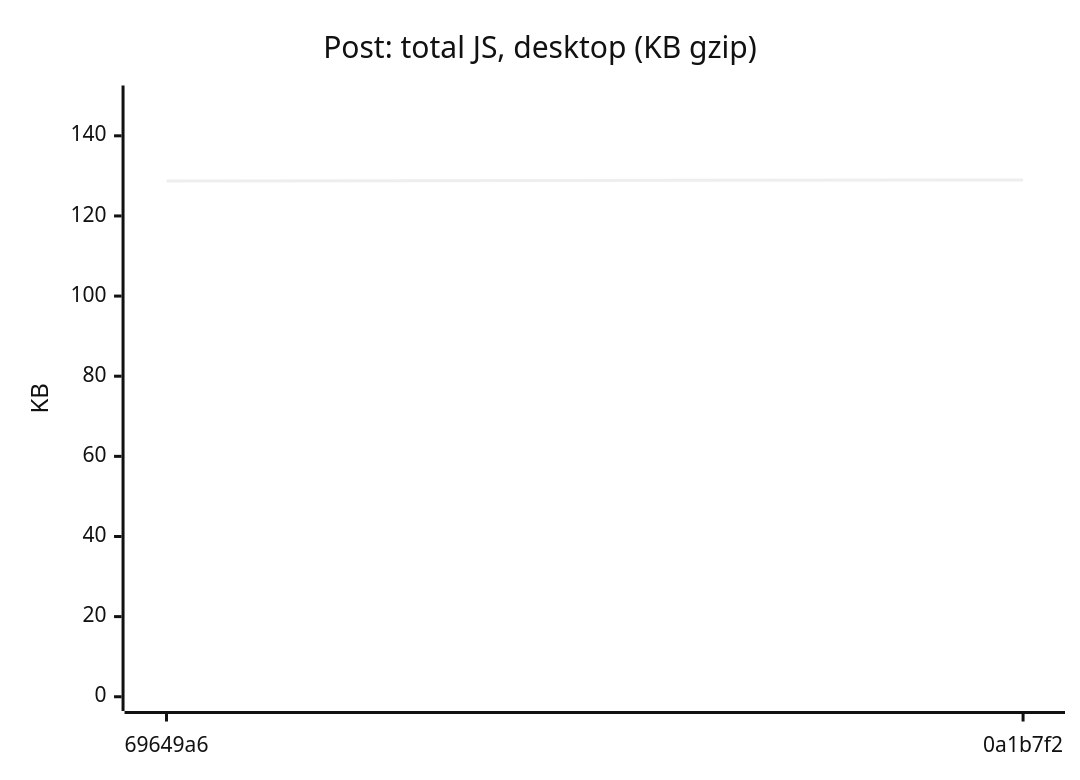
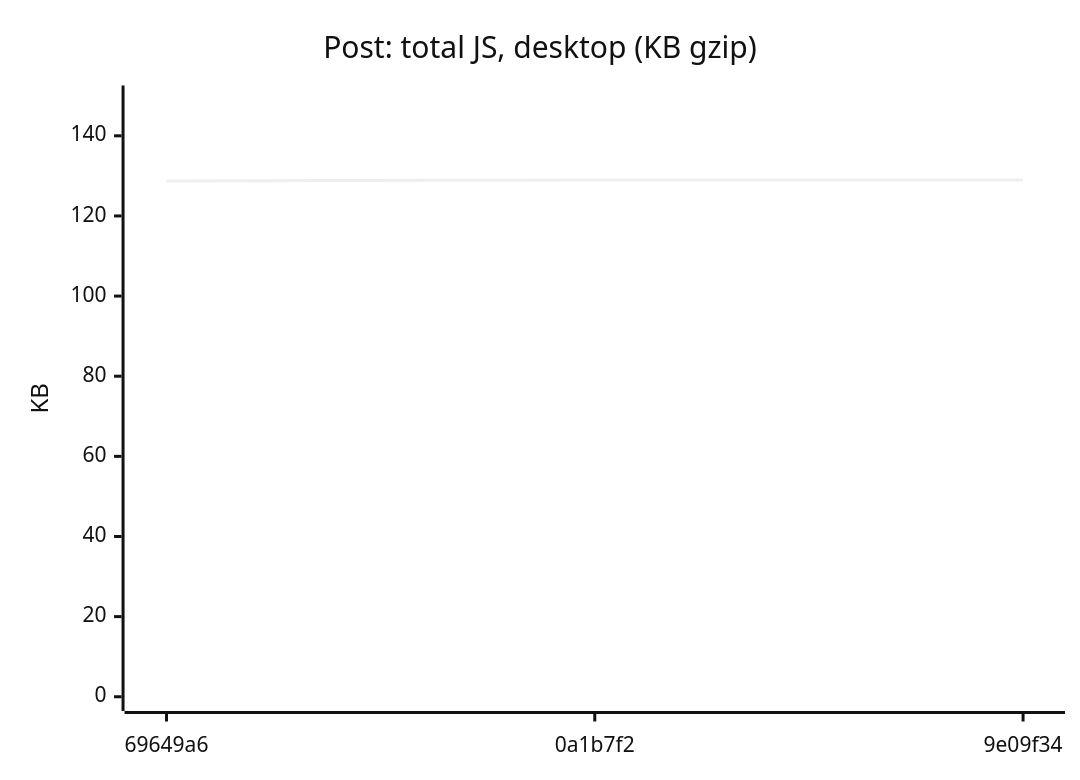
One commit to AxelUser/maltsev.space changed diagram 11 of 18 in README.md. Above: the diagram before and after it, drawn with Mermaid (neutral theme). The commit also changed other lines of this file and 1 other file, not shown here.

````diff
--- a/README.md
+++ b/README.md
@@ -125,7 +125,7 @@
 ```mermaid
 xychart-beta
   title "Post: total JS, desktop (KB gzip)"
-  x-axis ["69649a6", "0a1b7f2"]
+  x-axis ["69649a6", "0a1b7f2", "9e09f34"]
   y-axis "KB" 0 --> 149
-  line [128.7, 129]
+  line [128.7, 129, 129]
 ```
````
